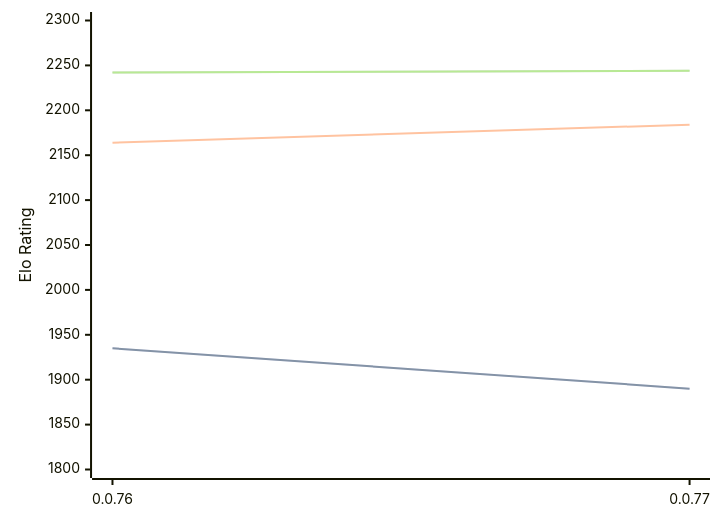
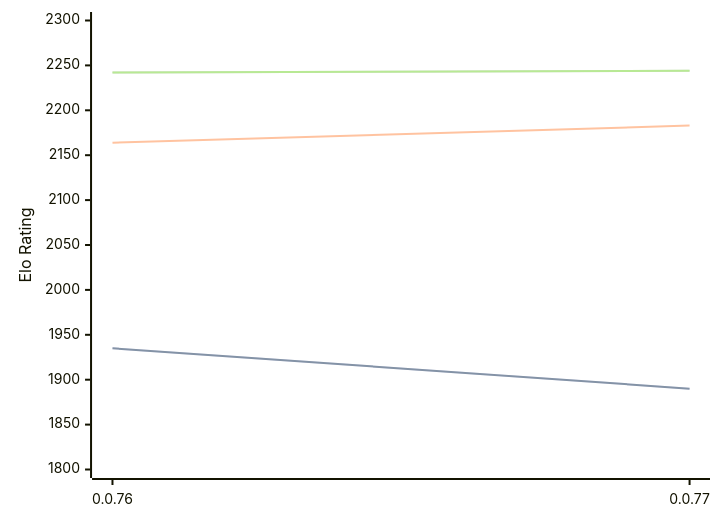
Before and after one commit to computer-chess-index/cci: the diagram in engines/Fktb.md, drawn with Mermaid. The commit also changed other lines of this file, not shown here.

````diff
--- a/engines/Fktb.md
+++ b/engines/Fktb.md
@@ -32,11 +32,11 @@
 ```mermaid
 %%{init: {"theme":"base","themeVariables":{"seriesColors:['#a3a3a3','#222221','#faa371']}}}%%
 xychart-beta
   x-axis ["0.0.76", "0.0.77"]
   y-axis "Elo Rating" 1800 --> 2300
   line "STC (8.0+0.08s)" [1935, 1890]
   line "STC (8.0+0.08s)" [1935, 1890]
-  line "LTC (60.0+0.60s)" [2164, 2184]
+  line "LTC (60.0+0.60s)" [2164, 2183]
   line "VLTC (2m24s+1.12s)" [2242, 2244]
   line "VLTC (2m24s+1.12s)" [2242, 2244]
 ```
````
